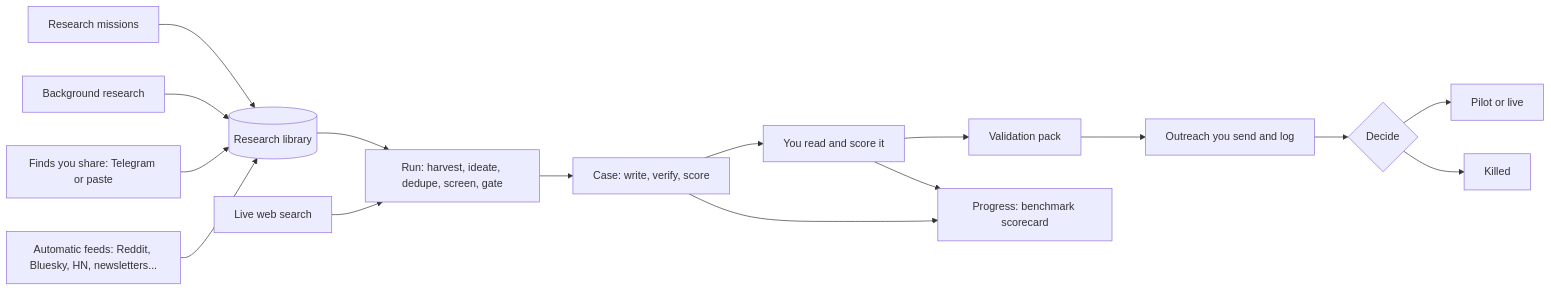
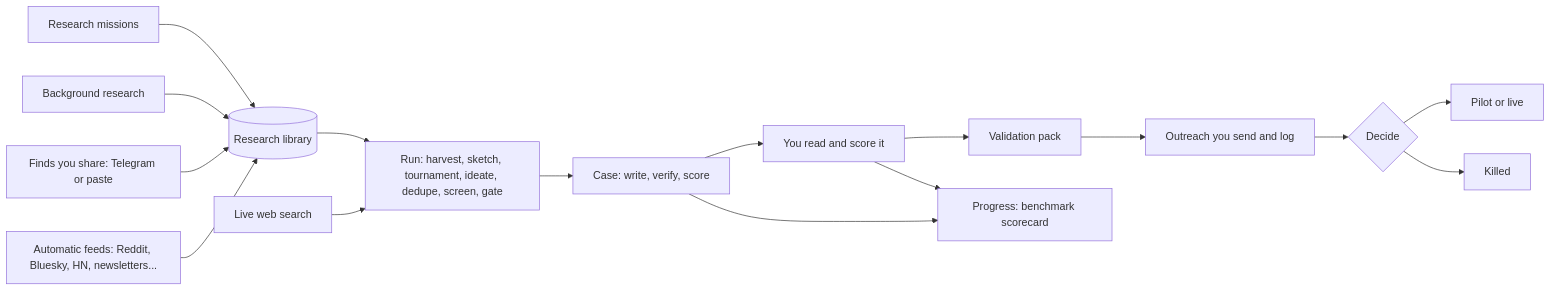
Before and after one commit to ElvisOkereke/PitchLab: the diagram in README.md, drawn with Mermaid. The commit also changed other lines of this file and 20 other files, not shown here.

````diff
--- a/README.md
+++ b/README.md
@@ -17,18 +17,18 @@
 ```mermaid
 flowchart LR
     M[Research missions] --> L[(Research library)]
     B[Background research] --> L
     F[Finds you share: Telegram or paste] --> L
     A[Automatic feeds: Reddit, Bluesky, HN, newsletters...] --> L
-    L --> R[Run: harvest, ideate, dedupe, screen, gate]
+    L --> R[Run: harvest, sketch, tournament, ideate, dedupe, screen, gate]
     W[Live web search] --> R
     R --> C[Case: write, verify, score]
     C --> Y[You read and score it]
     Y --> V[Validation pack]
     V --> O[Outreach you send and log]
     O --> D{Decide}
     D --> P[Pilot or live]
     D --> K[Killed]
     C --> G[Progress: benchmark scorecard]
     Y --> G
 ```
````
